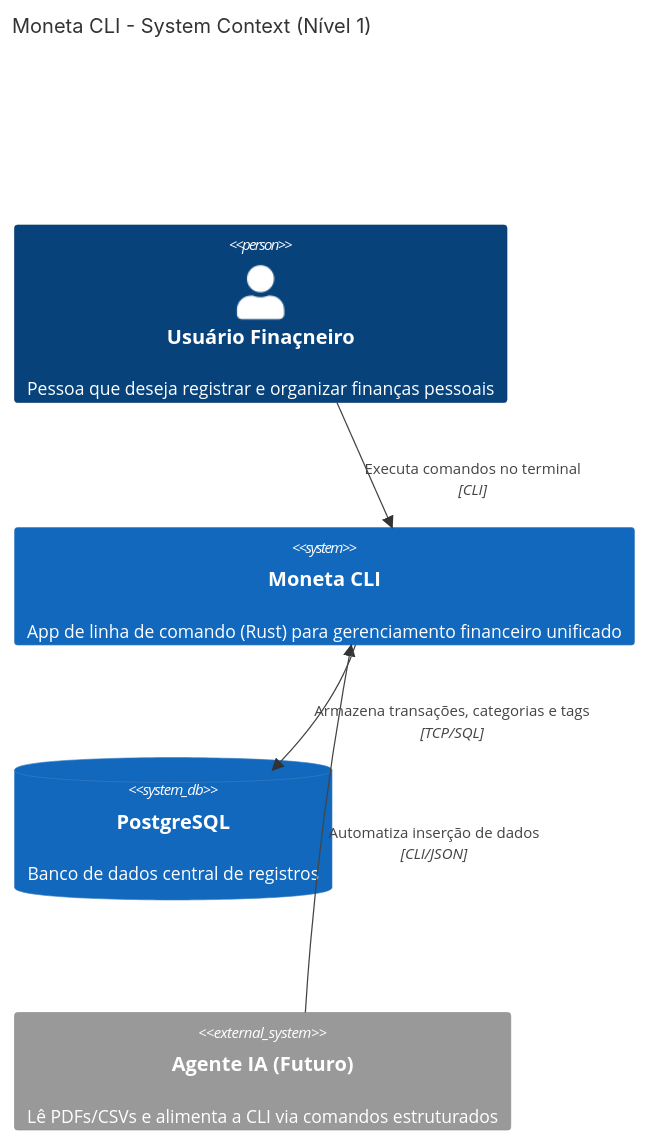
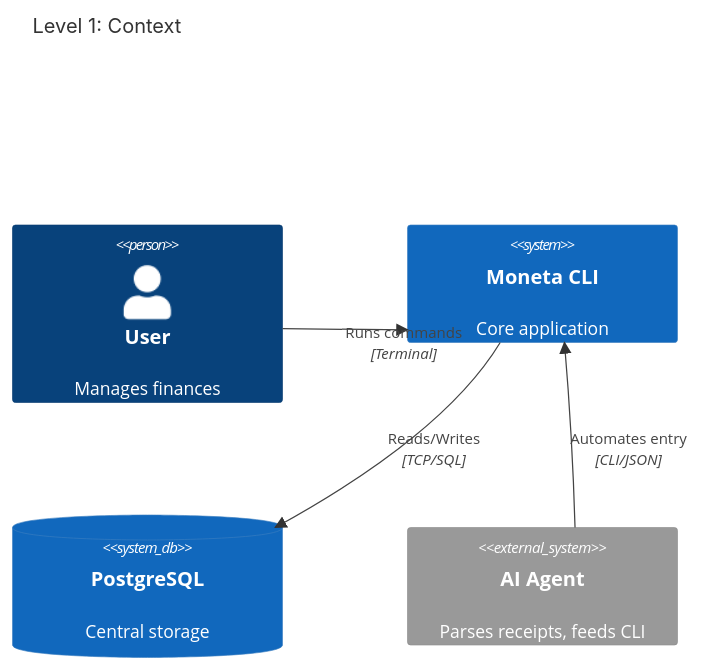
One commit to mickaelyoshua/moneta-cli changed the first of 5 diagrams in architecture.md. Above: the diagram before and after it, drawn with Mermaid. The commit also changed other lines of this file, not shown here.

First line of the commit message:
docs: update architecture with english translations and lower levels

````diff
--- a/architecture.md
+++ b/architecture.md
@@ -9,13 +4,13 @@
 ```mermaid
 C4Context
-  title Moneta CLI - System Context (Nível 1)
+  title Level 1: Context
 
-  Person(user, "Usuário Finaçneiro", "Pessoa que deseja registrar e organizar finanças pessoais")
-  System(moneta, "Moneta CLI", "App de linha de comando (Rust) para gerenciamento financeiro unificado")
-  SystemDb(postgres, "PostgreSQL", "Banco de dados central de registros")
-  System_Ext(ai_agent, "Agente IA (Futuro)", "Lê PDFs/CSVs e alimenta a CLI via comandos estruturados")
+  Person(user, "User", "Manages finances")
+  System(moneta, "Moneta CLI", "Core application")
+  SystemDb(db, "PostgreSQL", "Central storage")
+  System_Ext(ai, "AI Agent", "Parses receipts, feeds CLI")
 
-  Rel(user, moneta, "Executa comandos no terminal", "CLI")
-  Rel(ai_agent, moneta, "Automatiza inserção de dados", "CLI/JSON")
-  Rel(moneta, postgres, "Armazena transações, categorias e tags", "TCP/SQL")
+  Rel(user, moneta, "Runs commands", "Terminal")
+  Rel(ai, moneta, "Automates entry", "CLI/JSON")
+  Rel(moneta, db, "Reads/Writes", "TCP/SQL")
 ```
````
